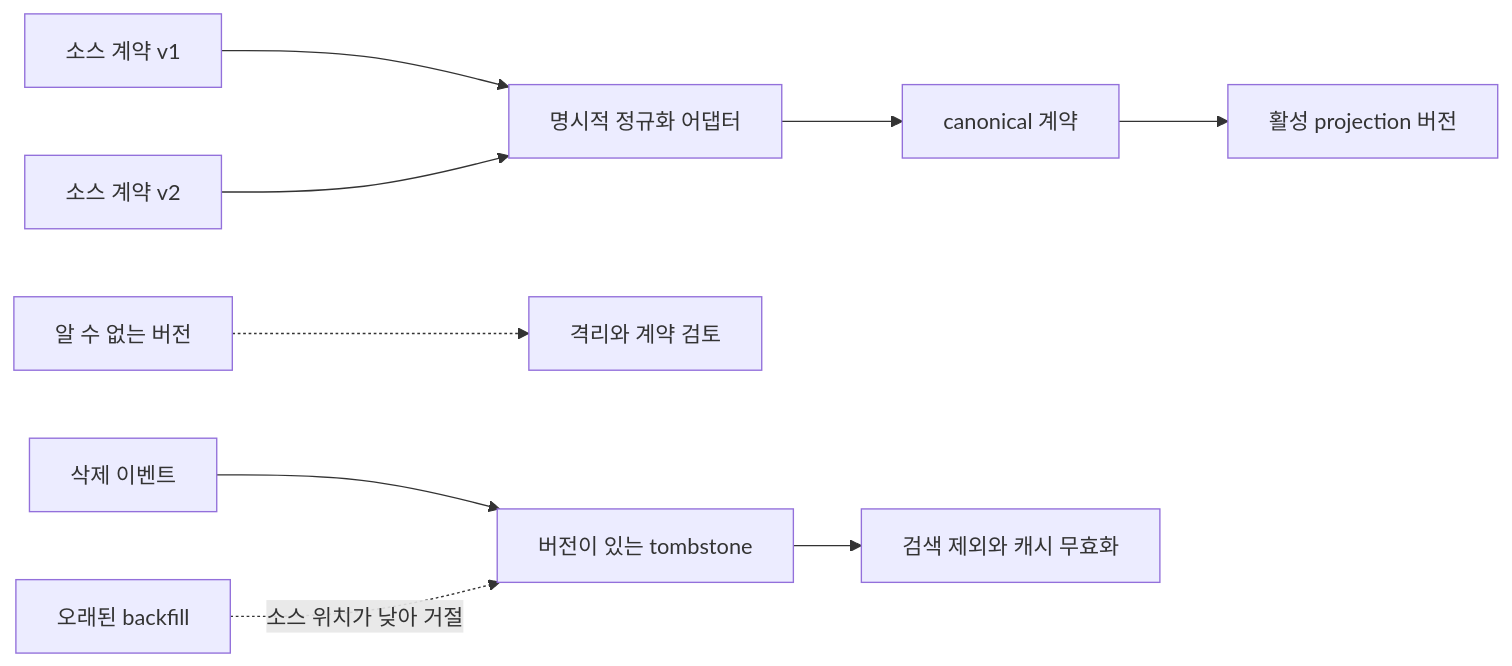
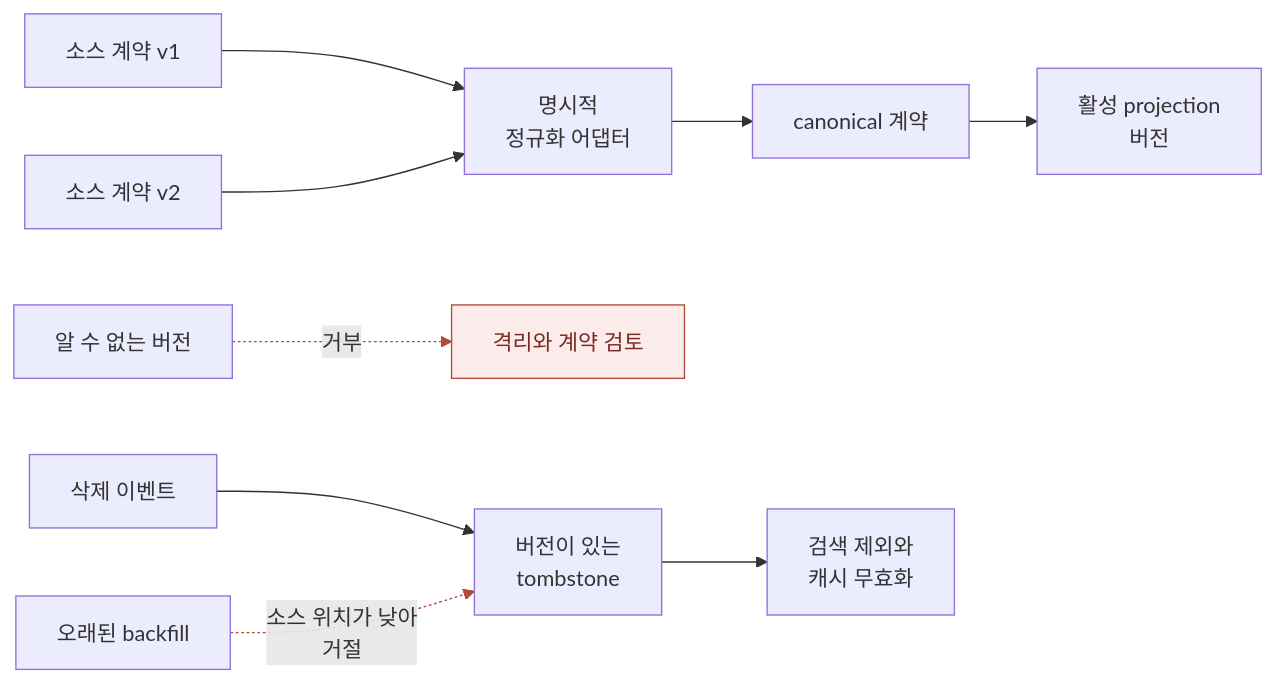
One commit to jay-jang/preparing-fde changed the diagram in assets/diagrams/frame-1-3.mmd. Above: the diagram before and after it, drawn with Mermaid. The commit also changed 75 other files, not shown here.

```diff
--- a/assets/diagrams/frame-1-3.mmd
+++ b/assets/diagrams/frame-1-3.mmd
@@ -1,9 +1,12 @@
 flowchart LR
-  V1["소스 계약 v1"] --> N["명시적 정규화 어댑터"]
+  V1["소스 계약 v1"] --> N["명시적<br/>정규화 어댑터"]
   V2["소스 계약 v2"] --> N
   N --> C["canonical 계약"]
-  C --> P["활성 projection 버전"]
-  U["알 수 없는 버전"] -.-> Q["격리와 계약 검토"]
-  D["삭제 이벤트"] --> T["버전이 있는 tombstone"]
-  T --> R["검색 제외와 캐시 무효화"]
-  B["오래된 backfill"] -. "소스 위치가 낮아 거절" .-> T
+  C --> P["활성 projection<br/>버전"]
+  U["알 수 없는 버전"] -. "거부" .-> Q["격리와 계약 검토"]
+  D["삭제 이벤트"] --> T["버전이 있는<br/>tombstone"]
+  T --> R["검색 제외와<br/>캐시 무효화"]
+  B["오래된 backfill"] -. "소스 위치가 낮아<br/>거절" .-> T
+  classDef fail fill:#fbeceb,stroke:#b4483c,color:#7a2a22
+  class Q fail
+  linkStyle 4,7 stroke:#b4483c
```
